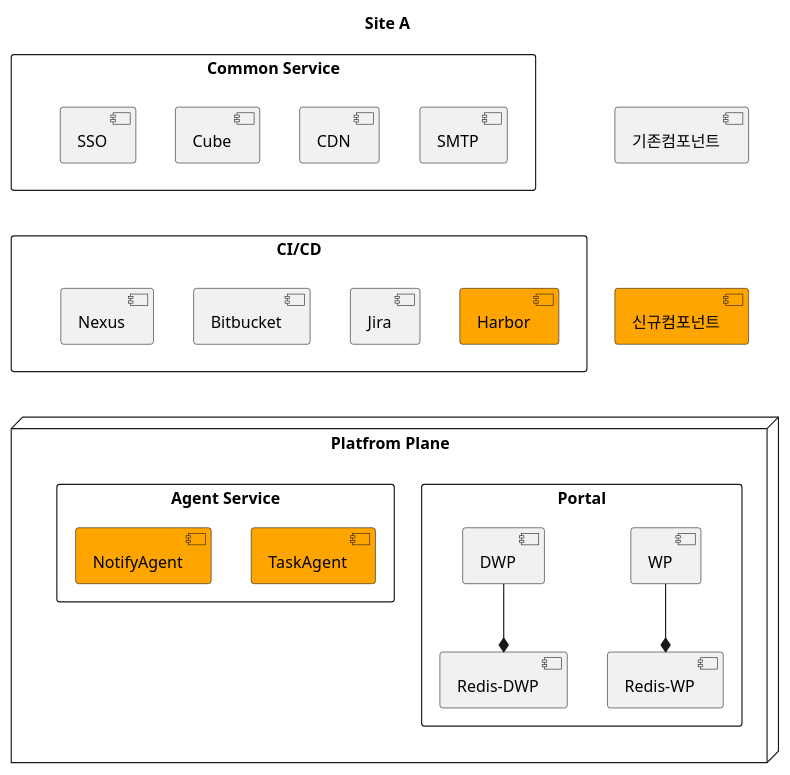
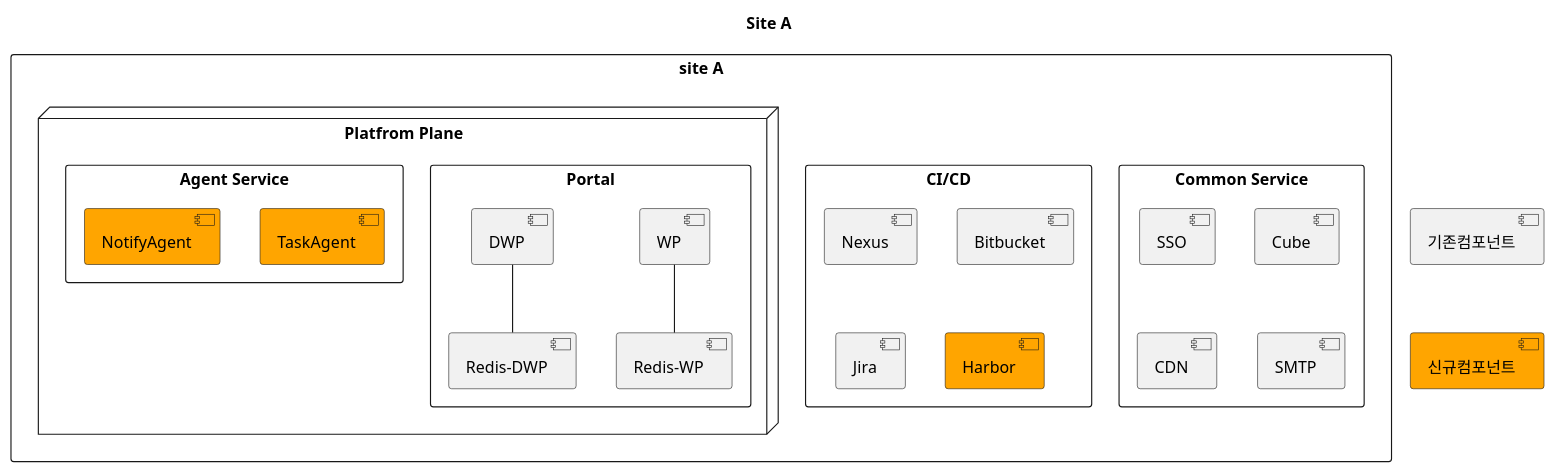
Before and after one commit to kloudbank/htdp1.github.io: the first of 11 diagrams in docs/src/multi-cloud/diagram.md, drawn with PlantUML. The commit also changed other lines of this file, not shown here.

Commit message:
modify diagram

```diff
--- a/docs/src/multi-cloud/diagram.md
+++ b/docs/src/multi-cloud/diagram.md
@@ -17,43 +26,38 @@
 @startuml
 
 title "Site A"
 
 [기존컴포넌트] as old
 [신규컴포넌트] as new #orange
 old -[hidden]d-> new
 
-rectangle "Common Service" as a_comm {
-    [SSO] as a_comm_sso
-    [Cube] as a_comm_cube
-    [CDN] as a_comm_cnd
-    [SMTP] as a_comm_smtp
-    a_comm_sso -[hidden]r- a_comm_cube
-    a_comm_cube -[hidden]r- a_comm_cnd
-    a_comm_cnd -[hidden]r- a_comm_smtp
-}
-rectangle "CI/CD" as hcp_cicd {
-    [Nexus] as hcp_cicd_nexus
-    [Bitbucket] as hcp_cicd_bitbucket
-    [Jira] as hcp_cicd_jira
-    [Harbor] as hcp_cicd_harbor #orange
-    hcp_cicd_bitbucket -[hidden]r- hcp_cicd_harbor
-    hcp_cicd_bitbucket -[hidden]r- hcp_cicd_jira
-}
-node "Platfrom Plane" as hcp {
-    rectangle "Portal" as hcp_portal {
-        [WP] as hcp_portal_wp
-        [DWP] as hcp_portal_dwp
-        [Redis-WP] as hcp_portal_rediswp
-        [Redis-DWP] as hcp_portal_redisdwp
-        hcp_portal_wp -d-* hcp_portal_rediswp
-        hcp_portal_dwp -d-* hcp_portal_redisdwp
+rectangle "site A" as a {
+    rectangle "Common Service" as a_comm {
+        [SSO] as a_comm_sso
+        [Cube] as a_comm_cube
+        [CDN] as a_comm_cnd
+        [SMTP] as a_comm_smtp
     }
-    rectangle "Agent Service" as hcp_agent {
-        [TaskAgent] as hcp_agent_taskagent #orange
-        [NotifyAgent] as hcp_agent_notifyagent #orange
+    rectangle "CI/CD" as hcp_cicd {
+        [Nexus] as hcp_cicd_nexus
+        [Bitbucket] as hcp_cicd_bitbucket
+        [Jira] as hcp_cicd_jira
+        [Harbor] as hcp_cicd_harbor #orange
+    }
+    node "Platfrom Plane" as hcp {
+        rectangle "Portal" as hcp_portal {
+            [WP] as hcp_portal_wp
+            [DWP] as hcp_portal_dwp
+            [Redis-WP] as hcp_portal_rediswp
+            [Redis-DWP] as hcp_portal_redisdwp
+            hcp_portal_wp -- hcp_portal_rediswp
+            hcp_portal_dwp -- hcp_portal_redisdwp
+        }
+        rectangle "Agent Service" as hcp_agent {
+            [TaskAgent] as hcp_agent_taskagent #orange
+            [NotifyAgent] as hcp_agent_notifyagent #orange
+        }
     }
 }
-a_comm -[hidden]d- hcp_cicd
-hcp_cicd -[hidden]d- hcp
 
 @enduml
```
